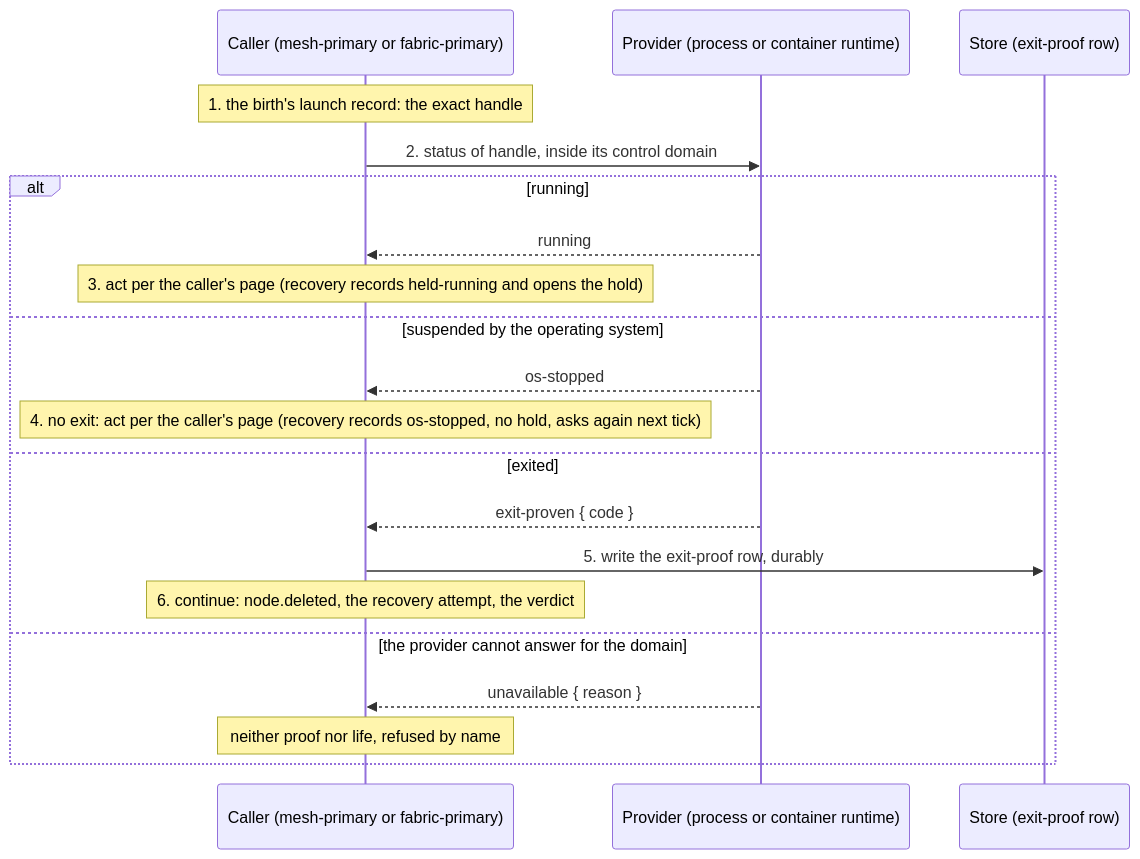
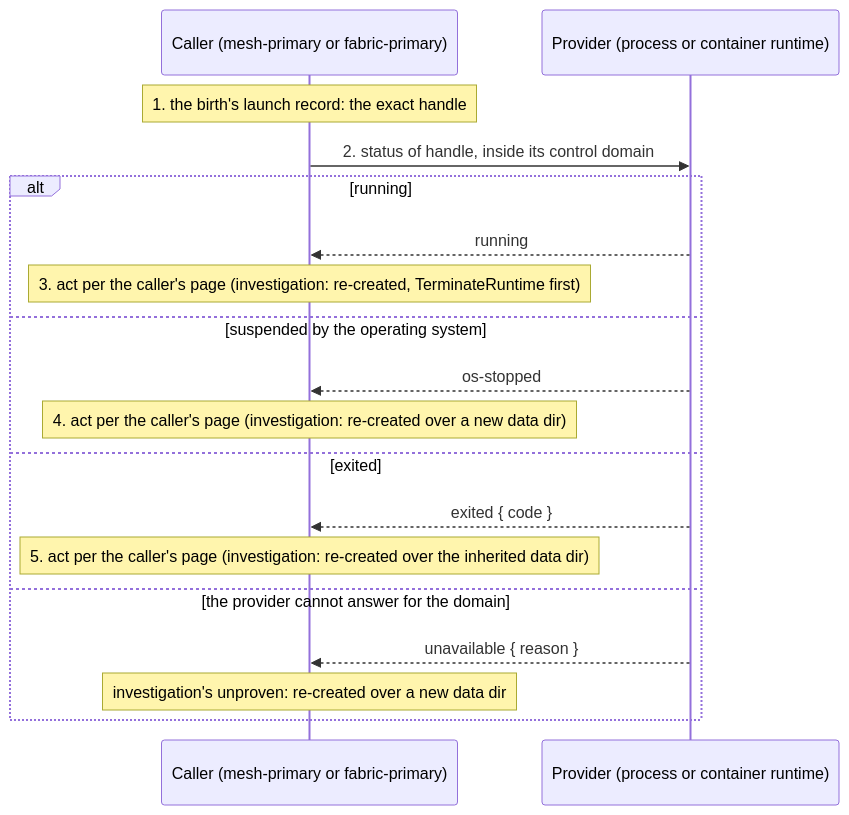
The diagram in docs/architecture/lifecycles/node-runtime-inspect.md (drlukeangel/rust-distributed-mesh), drawn with Mermaid before and after one commit. The commit also changed other lines of this file and 1 other file, not shown here.

Commit message:
docs(node-runtime-inspect, index): the inspect is node investigation's provider step, no exit proof; the index in the terms, node investigation added

````diff
--- a/docs/architecture/lifecycles/node-runtime-inspect.md
+++ b/docs/architecture/lifecycles/node-runtime-inspect.md
@@ -72,22 +69,20 @@
 ```mermaid
 sequenceDiagram
     participant C as Caller (mesh-primary or fabric-primary)
     participant V as Provider (process or container runtime)
-    participant S as Store (exit-proof row)
     Note over C: 1. the birth's launch record: the exact handle
     C->>V: 2. status of handle, inside its control domain
     alt running
         V-->>C: running
-        Note over C: 3. act per the caller's page (recovery records held-running and opens the hold)
+        Note over C: 3. act per the caller's page (investigation: re-created, TerminateRuntime first)
     else suspended by the operating system
         V-->>C: os-stopped
-        Note over C: 4. no exit: act per the caller's page (recovery records os-stopped, no hold, asks again next tick)
+        Note over C: 4. act per the caller's page (investigation: re-created over a new data dir)
     else exited
-        V-->>C: exit-proven { code }
-        C->>S: 5. write the exit-proof row, durably
-        Note over C: 6. continue: node.deleted, the recovery attempt, the verdict
+        V-->>C: exited { code }
+        Note over C: 5. act per the caller's page (investigation: re-created over the inherited data dir)
     else the provider cannot answer for the domain
         V-->>C: unavailable { reason }
-        Note over C: neither proof nor life, refused by name
+        Note over C: investigation's unproven: re-created over a new data dir
     end
 ```
````
